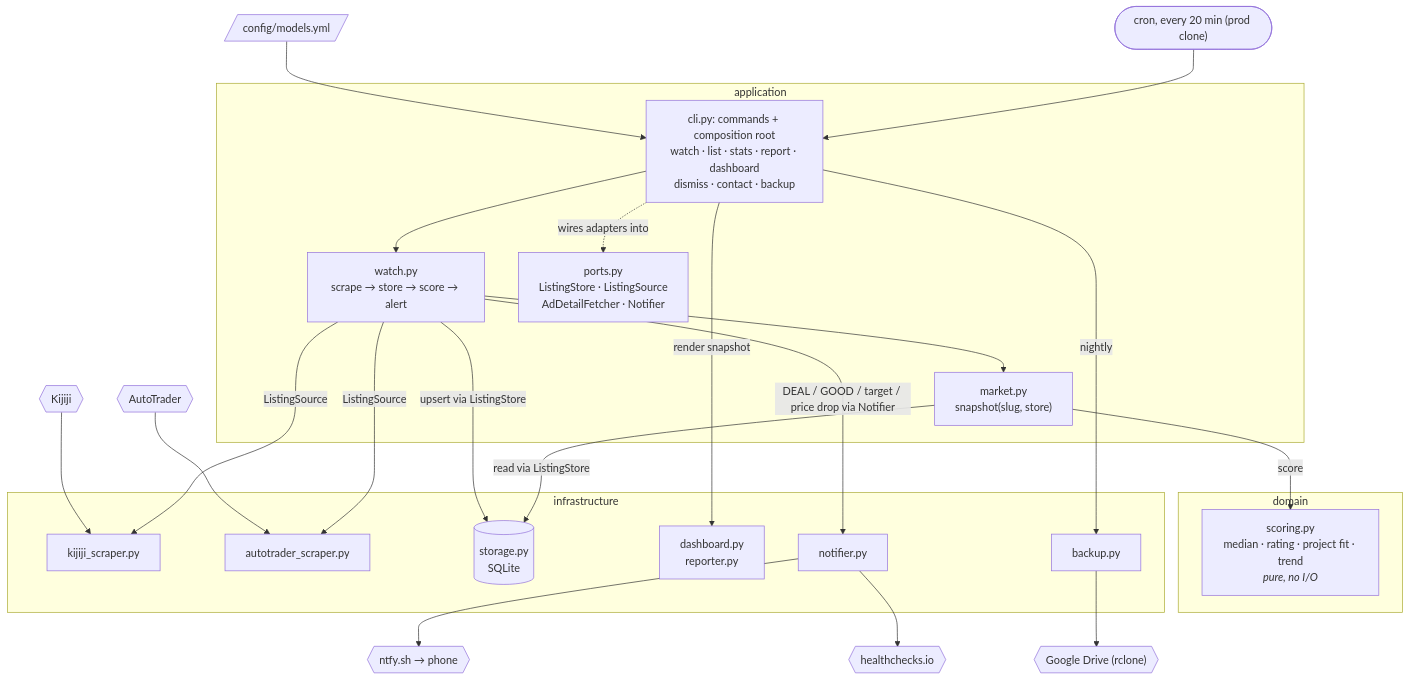
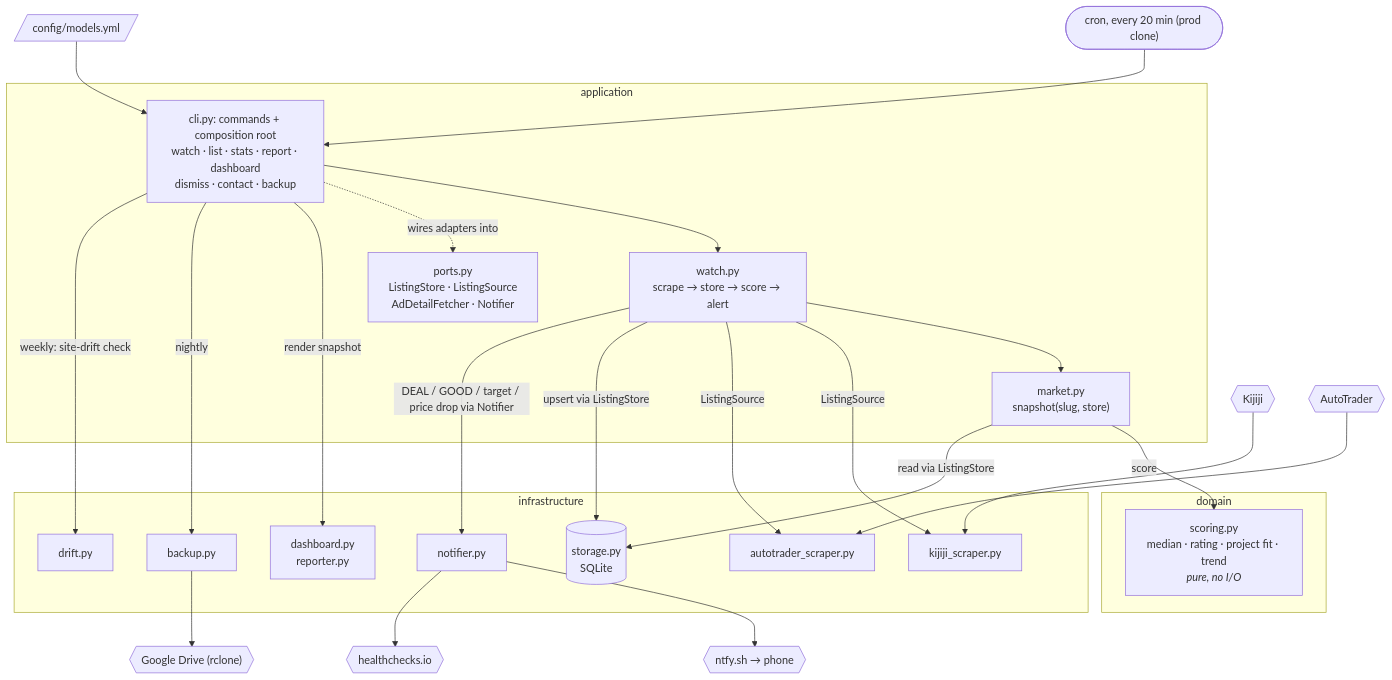
One commit to adamkwhite/dirtbike-tracker changed the diagram in README.md. Above: the diagram before and after it, drawn with Mermaid. The commit also changed other lines of this file and 10 other files, not shown here.

First line of the commit message:
feat: weekly site-drift check with ntfy alert (dirtbike drift) (#89)

````diff
--- a/README.md
+++ b/README.md
@@ -10,41 +10,43 @@
 ```mermaid
 flowchart TB
     cron(["cron, every 20 min (prod clone)"]) --> cli
     config[/"config/models.yml"/] --> cli
 
     subgraph application
         cli["cli.py: commands + composition root<br/>watch · list · stats · report · dashboard<br/>dismiss · contact · backup"]
         watch["watch.py<br/>scrape → store → score → alert"]
         market["market.py<br/>snapshot(slug, store)"]
         ports["ports.py<br/>ListingStore · ListingSource<br/>AdDetailFetcher · Notifier"]
         cli --> watch --> market
         cli -.->|wires adapters into| ports
     end
 
     subgraph domain
         scoring["scoring.py<br/>median · rating · project fit · trend<br/><i>pure, no I/O</i>"]
     end
 
     subgraph infrastructure
         kij["kijiji_scraper.py"]
         at["autotrader_scraper.py"]
         storage[("storage.py<br/>SQLite")]
         render["dashboard.py<br/>reporter.py"]
         notifier["notifier.py"]
         backup["backup.py"]
+        drift["drift.py"]
     end
 
     market -->|score| scoring
     market -->|read via ListingStore| storage
     watch -->|ListingSource| kij & at
     watch -->|upsert via ListingStore| storage
     cli -->|render snapshot| render
     watch -->|DEAL / GOOD / target / price drop via Notifier| notifier
 
     kijiji{{Kijiji}} --> kij
     autotrader{{AutoTrader}} --> at
     notifier --> ntfy{{"ntfy.sh → phone"}}
     notifier --> hc{{healthchecks.io}}
     cli -->|nightly| backup
+    cli -->|weekly: site-drift check| drift
     backup --> drive{{"Google Drive (rclone)"}}
 ```
````
